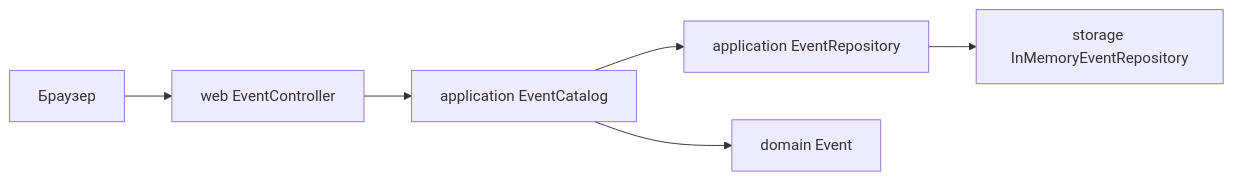
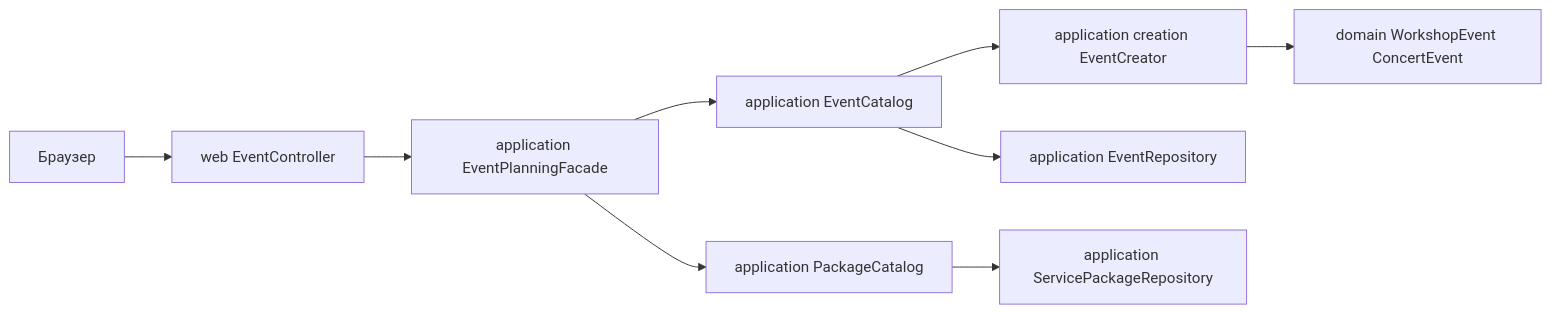
The diagram in docs/PROJECT_PLAN.md (capnco0ks/software-design-patterns-final-project), drawn with Mermaid before and after one commit. The commit also changed other lines of this file and 3 other files, not shown here.

````diff
--- a/docs/PROJECT_PLAN.md
+++ b/docs/PROJECT_PLAN.md
@@ -34,8 +34,11 @@
 ```mermaid
 flowchart LR
     Browser[Браузер] --> Web[web EventController]
-    Web --> Catalog[application EventCatalog]
-    Catalog --> Contract[application EventRepository]
-    Contract --> Memory[storage InMemoryEventRepository]
-    Catalog --> Domain[domain Event]
+    Web --> Facade[application EventPlanningFacade]
+    Facade --> Catalog[application EventCatalog]
+    Facade --> Packages[application PackageCatalog]
+    Catalog --> Creator[application creation EventCreator]
+    Creator --> Products[domain WorkshopEvent ConcertEvent]
+    Catalog --> EventStore[application EventRepository]
+    Packages --> PackageStore[application ServicePackageRepository]
 ```
````
